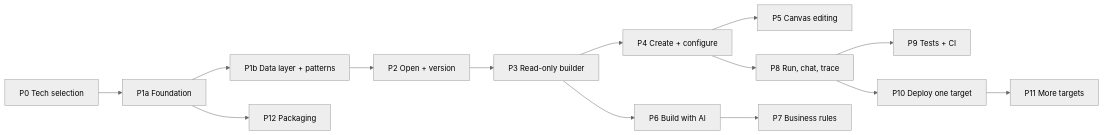
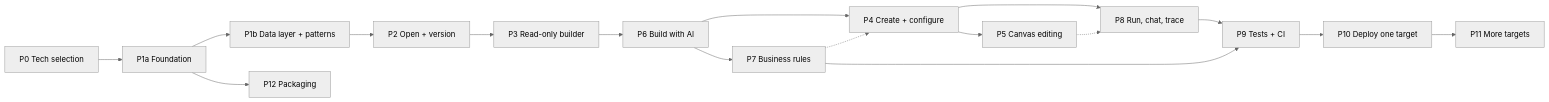
One commit to DhananjayaR/agent-kernel changed the diagram in docs/specs/950-agent-kernel-studio/README.md. Above: the diagram before and after it, drawn with Mermaid (neutral theme). The commit also changed other lines of this file and 1 other file, not shown here.

````diff
--- a/docs/specs/950-agent-kernel-studio/README.md
+++ b/docs/specs/950-agent-kernel-studio/README.md
@@ -52,9 +86,11 @@
 ```mermaid
 flowchart LR
   P0[P0 Tech selection] --> P1a[P1a Foundation] --> P1b[P1b Data layer + patterns] --> P2[P2 Open + version] --> P3[P3 Read-only builder]
-  P3 --> P4[P4 Create + configure] --> P5[P5 Canvas editing]
   P3 --> P6[P6 Build with AI] --> P7[P7 Business rules]
-  P4 --> P8[P8 Run, chat, trace] --> P9[P9 Tests + CI]
-  P8 --> P10[P10 Deploy one target] --> P11[P11 More targets]
+  P6 --> P4[P4 Create + configure] --> P5[P5 Canvas editing]
+  P7 -.-> P4
+  P4 --> P8[P8 Run, chat, trace] --> P9[P9 Tests + CI] --> P10[P10 Deploy one target] --> P11[P11 More targets]
+  P7 --> P9
+  P5 -.-> P8
   P1a --> P12[P12 Packaging]
 ```
````
